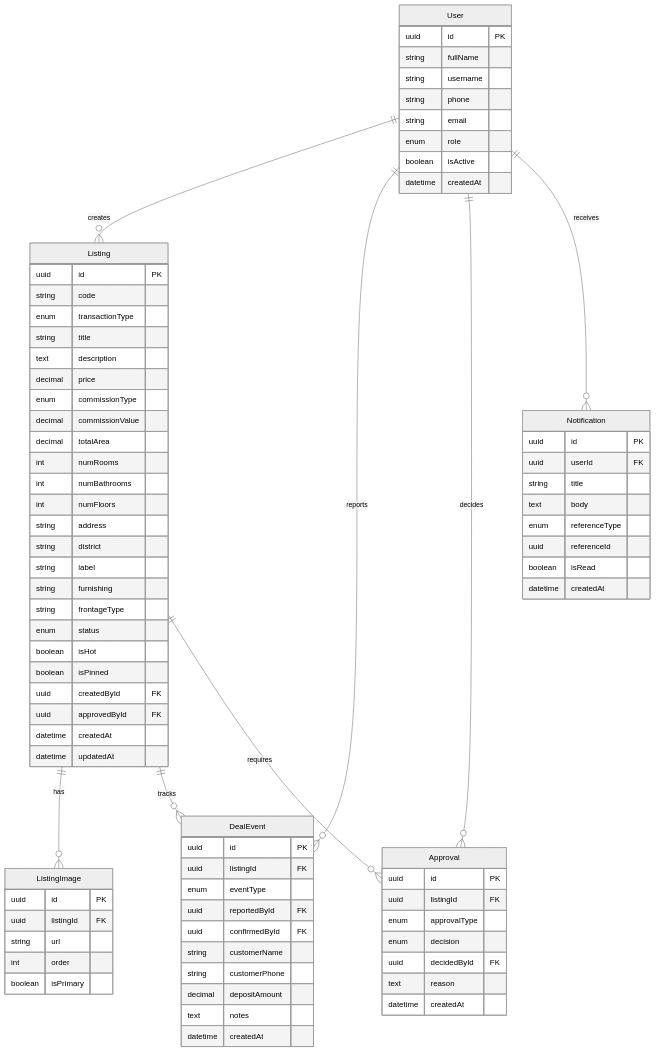
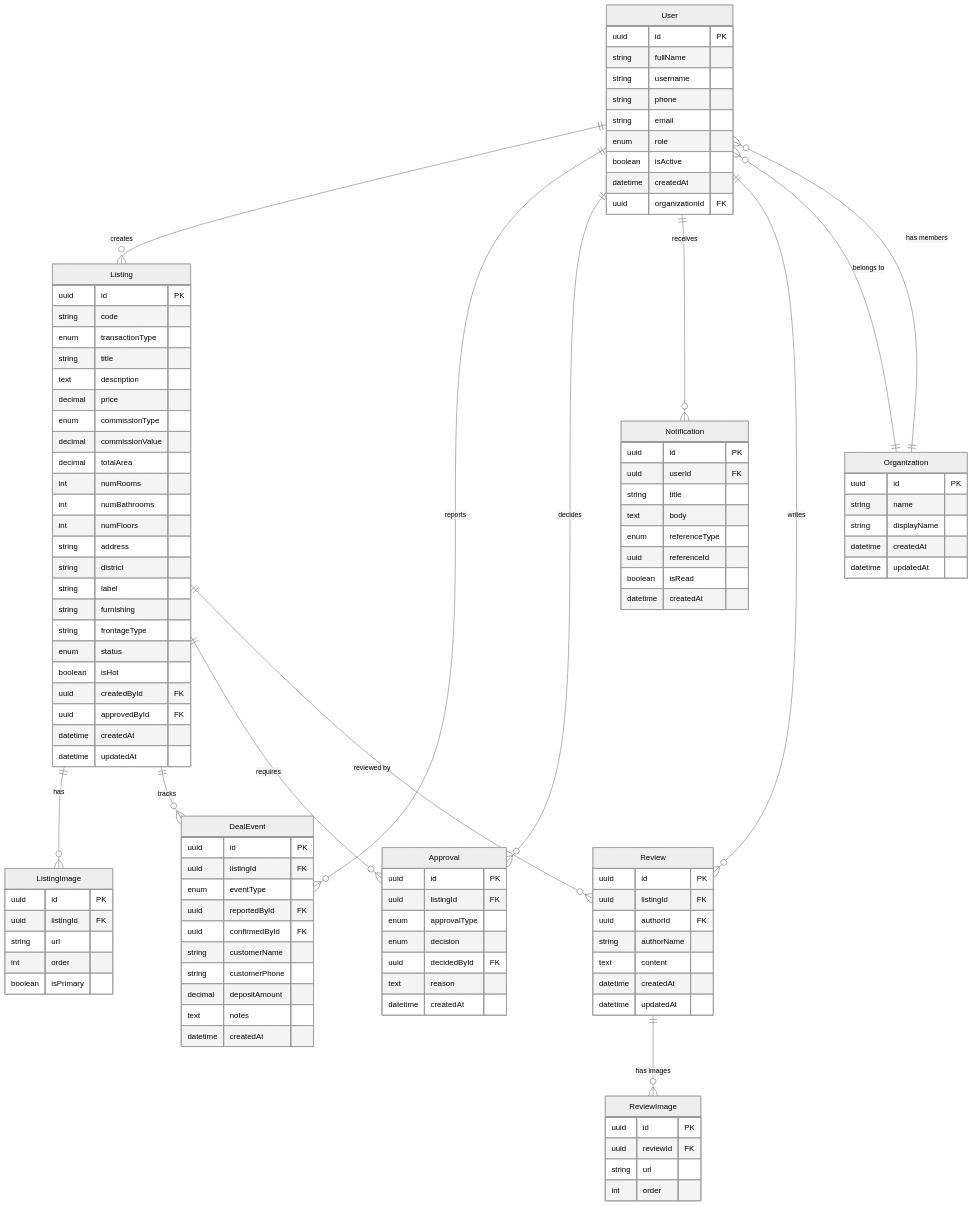
The first of 2 diagrams in docs/entities-erd.md (quangpv/mqhouse-biglands), drawn with Mermaid (neutral theme) before and after one commit. The commit also changed other lines of this file and 59 other files, not shown here.

Commit message:
feat: add organizations, reviews, organization FK on user, and update docs

````diff
--- a/docs/entities-erd.md
+++ b/docs/entities-erd.md
@@ -161,6 +213,15 @@
         enum role
         boolean isActive
         datetime createdAt
+        uuid organizationId FK
+    }
+
+    Organization {
+        uuid id PK
+        string name
+        string displayName
+        datetime createdAt
+        datetime updatedAt
     }
 
     Listing {
@@ -183,7 +244,6 @@
         string frontageType
         enum status
         boolean isHot
-        boolean isPinned
         uuid createdById FK
         uuid approvedById FK
         datetime createdAt
@@ -232,11 +292,33 @@
         datetime createdAt
     }
 
+    Review {
+        uuid id PK
+        uuid listingId FK
+        uuid authorId FK
+        string authorName
+        text content
+        datetime createdAt
+        datetime updatedAt
+    }
+
+    ReviewImage {
+        uuid id PK
+        uuid reviewId FK
+        string url
+        int order
+    }
+
+    Organization ||--o{ User : "has members"
     User ||--o{ Listing : creates
     User ||--o{ DealEvent : reports
     User ||--o{ Approval : decides
     User ||--o{ Notification : receives
+    User ||--o{ Review : writes
+    User }o--|| Organization : "belongs to"
     Listing ||--o{ ListingImage : has
     Listing ||--o{ DealEvent : tracks
     Listing ||--o{ Approval : requires
+    Listing ||--o{ Review : "reviewed by"
+    Review ||--o{ ReviewImage : "has images"
 ```
````
